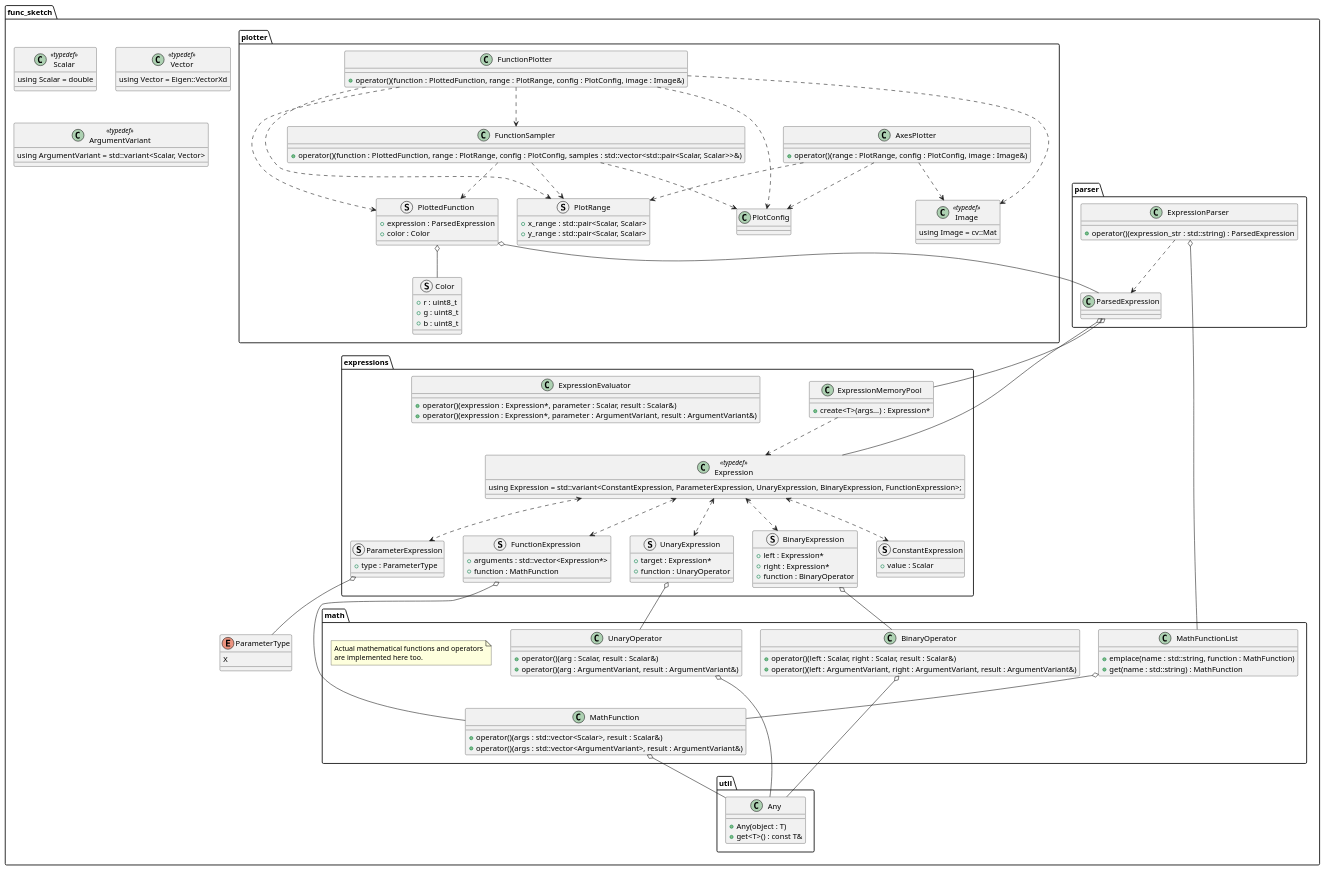
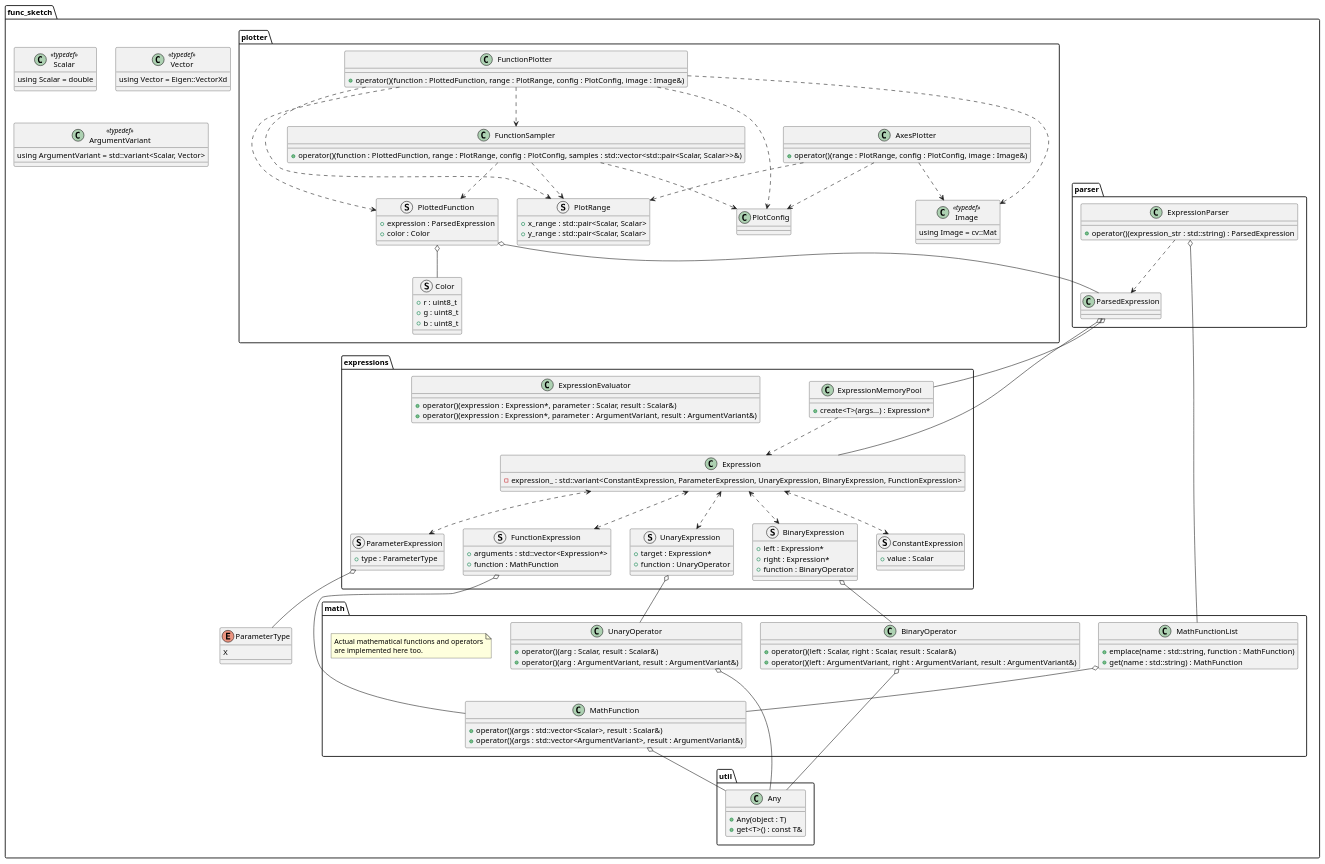
The diagram in docs/sphinx/design_notes/classes_cpp.puml (MusicScience37/FuncSketch), drawn with PlantUML before and after one commit. The commit also changed 7 other files, not shown here.

```diff
--- a/docs/sphinx/design_notes/classes_cpp.puml
+++ b/docs/sphinx/design_notes/classes_cpp.puml
@@ -1,169 +1,169 @@
 @startuml classes_cpp
 
 package func_sketch {
     class Scalar <<typedef>> {
         using Scalar = double
     }
 
     class Vector <<typedef>> {
         using Vector = Eigen::VectorXd
     }
 
     class ArgumentVariant <<typedef>> {
         using ArgumentVariant = std::variant<Scalar, Vector>
     }
 
     enum ParameterType {
         X
     }
 
     package util {
         class Any {
             + Any(object : T)
             + get<T>() : const T&
         }
     }
 
     package math {
         class UnaryOperator {
             + operator()(arg : Scalar, result : Scalar&)
             + operator()(arg : ArgumentVariant, result : ArgumentVariant&)
         }
         UnaryOperator o-- Any
 
         class BinaryOperator {
             + operator()(left : Scalar, right : Scalar, result : Scalar&)
             + operator()(left : ArgumentVariant, right : ArgumentVariant, result : ArgumentVariant&)
         }
         BinaryOperator o-- Any
 
         class MathFunction {
             + operator()(args : std::vector<Scalar>, result : Scalar&)
             + operator()(args : std::vector<ArgumentVariant>, result : ArgumentVariant&)
         }
         MathFunction o-- Any
 
         class MathFunctionList {
             + emplace(name : std::string, function : MathFunction)
             + get(name : std::string) : MathFunction
         }
         MathFunctionList o-- MathFunction
 
         note as math_functions_note
             Actual mathematical functions and operators
             are implemented here too.
         end note
     }
 
     package expressions {
-        class Expression <<typedef>> {
-            using Expression = std::variant<ConstantExpression, ParameterExpression, UnaryExpression, BinaryExpression, FunctionExpression>;
+        class Expression {
+            - expression_ : std::variant<ConstantExpression, ParameterExpression, UnaryExpression, BinaryExpression, FunctionExpression>
         }
 
         struct ConstantExpression {
             + value : Scalar
         }
         Expression <..> ConstantExpression
 
         struct ParameterExpression {
             + type : ParameterType
         }
         Expression <..> ParameterExpression
         ParameterExpression o-- ParameterType
 
         struct UnaryExpression {
             + target : Expression*
             + function : UnaryOperator
         }
         Expression <..> UnaryExpression
         UnaryExpression o-- UnaryOperator
 
         struct BinaryExpression {
             + left : Expression*
             + right : Expression*
             + function : BinaryOperator
         }
         Expression <..> BinaryExpression
         BinaryExpression o-- BinaryOperator
 
         struct FunctionExpression {
             + arguments : std::vector<Expression*>
             + function : MathFunction
         }
         Expression <..> FunctionExpression
         FunctionExpression o-- MathFunction
 
         class ExpressionMemoryPool {
             + create<T>(args...) : Expression*
         }
         ExpressionMemoryPool ..> Expression
 
         class ExpressionEvaluator {
             + operator()(expression : Expression*, parameter : Scalar, result : Scalar&)
             + operator()(expression : Expression*, parameter : ArgumentVariant, result : ArgumentVariant&)
         }
     }
 
     package parser {
         class ParsedExpression
         ParsedExpression o-- Expression
         ParsedExpression o-- ExpressionMemoryPool
 
         class ExpressionParser {
             + operator()(expression_str : std::string) : ParsedExpression
         }
         ExpressionParser o-- MathFunctionList
         ExpressionParser ..> ParsedExpression
     }
 
     package plotter {
         struct Color {
             + r : uint8_t
             + g : uint8_t
             + b : uint8_t
         }
 
         class Image <<typedef>> {
             using Image = cv::Mat
         }
 
         struct PlottedFunction {
             + expression : ParsedExpression
             + color : Color
         }
         PlottedFunction o-- ParsedExpression
         PlottedFunction o-- Color
 
         struct PlotRange {
             + x_range : std::pair<Scalar, Scalar>
             + y_range : std::pair<Scalar, Scalar>
         }
 
         class PlotConfig
 
         class FunctionSampler {
             + operator()(function : PlottedFunction, range : PlotRange, config : PlotConfig, samples : std::vector<std::pair<Scalar, Scalar>>&)
         }
         FunctionSampler ..> PlottedFunction
         FunctionSampler ..> PlotRange
         FunctionSampler ..> PlotConfig
 
         class FunctionPlotter {
             + operator()(function : PlottedFunction, range : PlotRange, config : PlotConfig, image : Image&)
         }
         FunctionPlotter ..> PlottedFunction
         FunctionPlotter ..> PlotRange
         FunctionPlotter ..> PlotConfig
         FunctionPlotter ..> Image
         FunctionPlotter ..> FunctionSampler
 
         class AxesPlotter {
             + operator()(range : PlotRange, config : PlotConfig, image : Image&)
         }
         AxesPlotter ..> PlotRange
         AxesPlotter ..> PlotConfig
         AxesPlotter ..> Image
     }
 }
 
 @enduml
```
